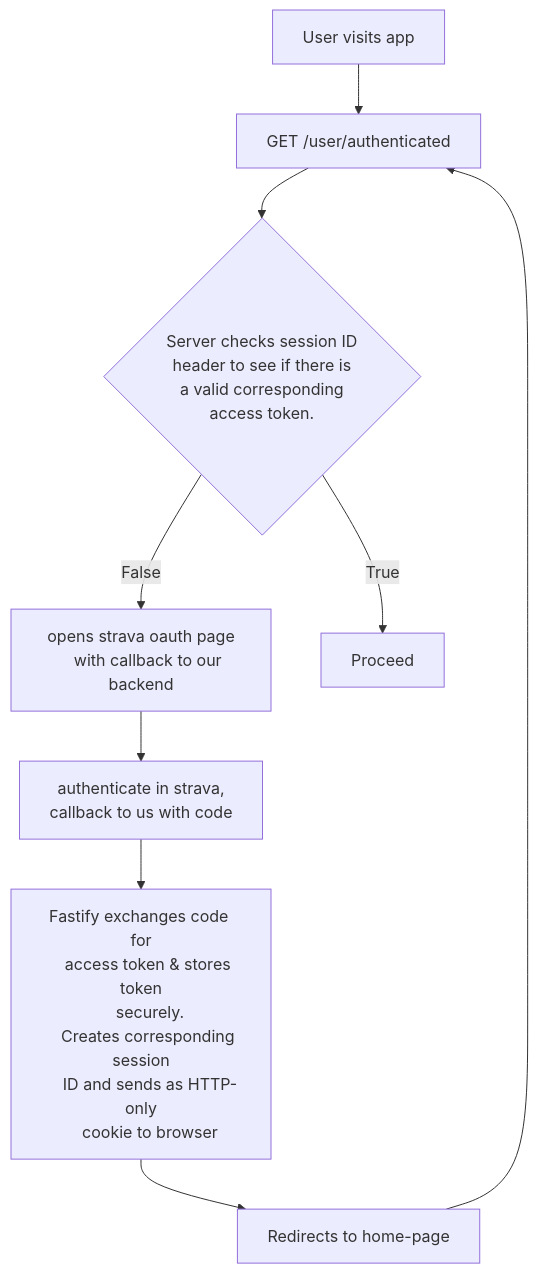
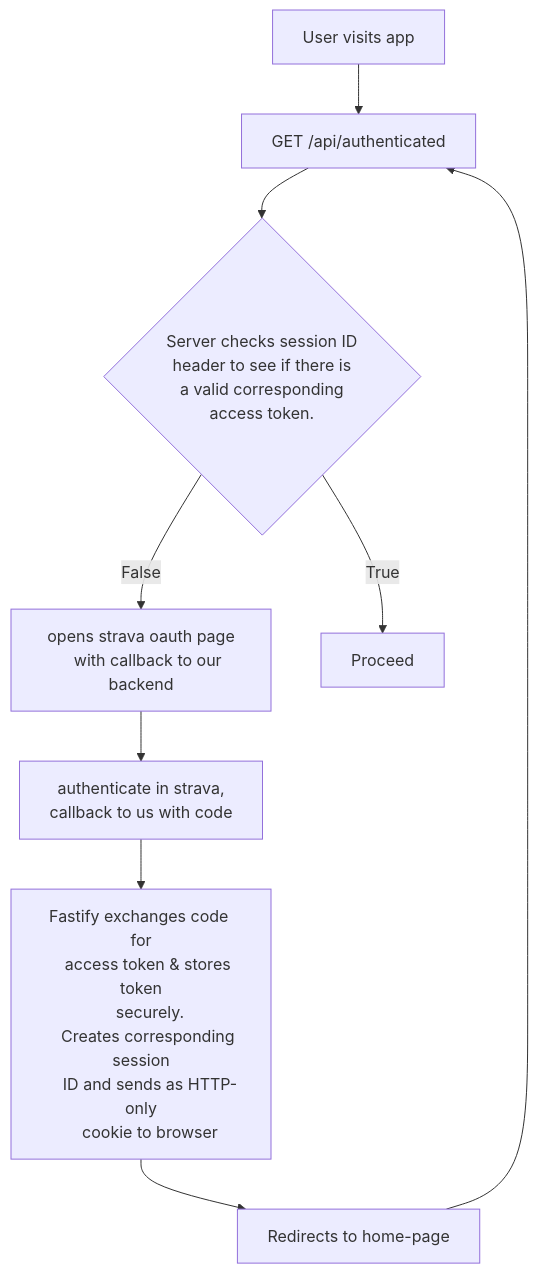
One commit to Rock-it-science/my-heatmap changed the first of 2 diagrams in README.md. Above: the diagram before and after it, drawn with Mermaid. The commit also changed 23 other files, not shown here.

````diff
--- a/README.md
+++ b/README.md
@@ -11,29 +11,29 @@
 ```mermaid
 flowchart TD
     A[User visits app] -->
-    B[GET /user/authenticated] -->
+    B[GET /api/authenticated] -->
     C{
         Server checks session ID
         header to see if there is
         a valid corresponding
         access token.
     }
 
     C --False-->
     D[opens strava oauth page
     with callback to our backend] -->
     E[authenticate in strava,
     callback to us with code] -->
     F[Fastify exchanges code for
     access token & stores token
     securely.
     Creates corresponding session
     ID and sends as HTTP-only
     cookie to browser] -->
     G[Redirects to home-page]
 
     G --> B
 
     C -- True -->
     H[Proceed]
 ```
````
